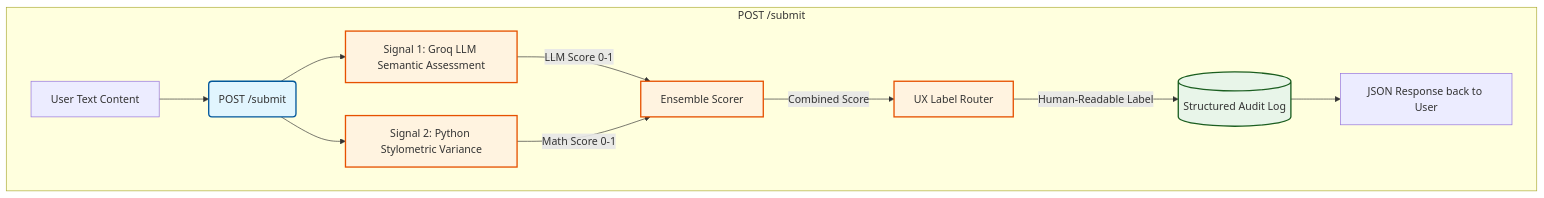
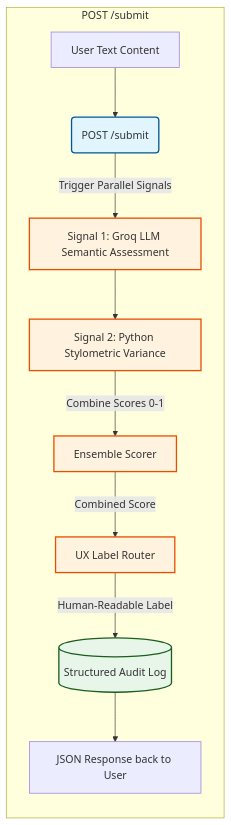
One commit to fukubie/ai201-project4-provenance-guard changed the first of 2 diagrams in planning.md. Above: the diagram before and after it, drawn with Mermaid. The commit also changed other lines of this file, not shown here.

Commit message:
Refactor architecture flow diagrams for submission and appeal processes to improve clarity and visual structure

````diff
--- a/planning.md
+++ b/planning.md
@@ -31,26 +31,29 @@
 ```mermaid
 graph TD
     %% Style definitions
     classDef endpoint fill:#e1f5fe,stroke:#01579b,stroke-width:2px;
     classDef process fill:#fff3e0,stroke:#e65100,stroke-width:2px;
     classDef storage fill:#e8f5e9,stroke:#1b5e20,stroke-width:2px;
 
     %% Submission Flow
-    subgraph Submission Flow [POST /submit]
+    subgraph SubmissionFlow [POST /submit]
+        direction TD
+        
         A[User Text Content] --> B(POST /submit)
-        B --> C[Signal 1: Groq LLM Semantic Assessment]
-        B --> D[Signal 2: Python Stylometric Variance]
         
-        C -->|LLM Score 0-1| E[Ensemble Scorer]
-        D -->|Math Score 0-1| E
+        %% Chained visually to force a single vertical column
+        B -->|Trigger Parallel Signals| C[Signal 1: Groq LLM Semantic Assessment]
+        C --> D[Signal 2: Python Stylometric Variance]
+        
+        D -->|Combine Scores 0-1| E[Ensemble Scorer]
         
         E -->|Combined Score| F[UX Label Router]
         F -->|Human-Readable Label| G[(Structured Audit Log)]
         G --> H[JSON Response back to User]
     end
     
     %% Apply Classes
     class B endpoint;
     class C,D,E,F process;
     class G storage;
 ```
````
